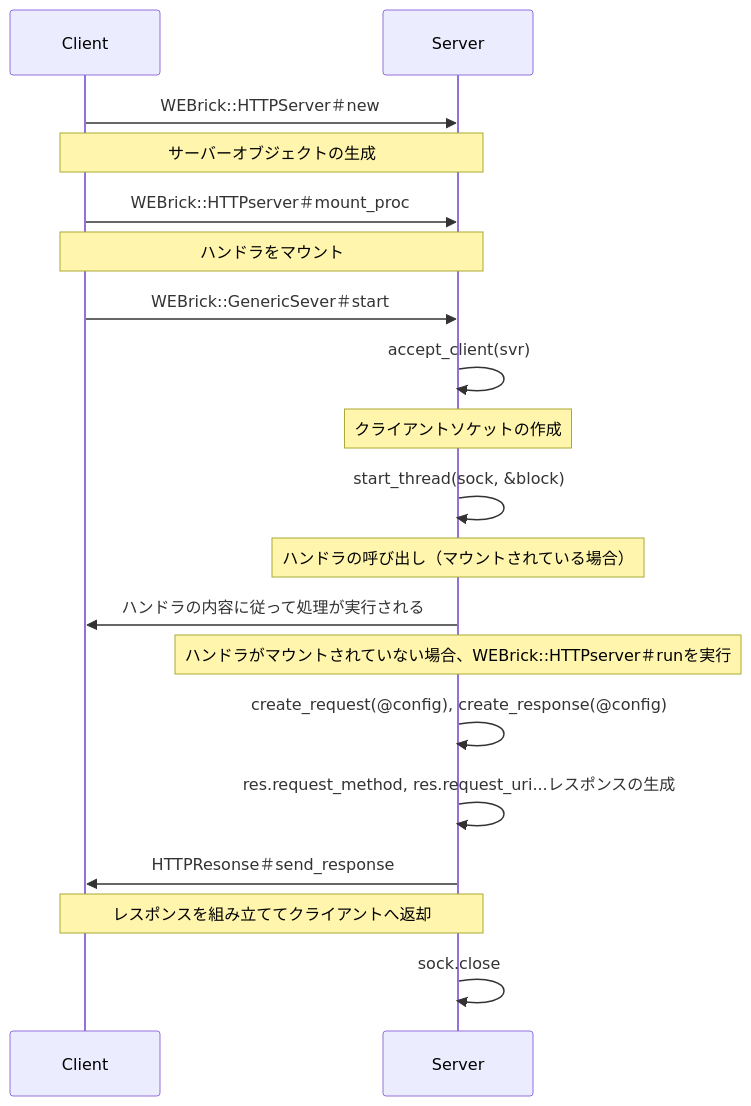
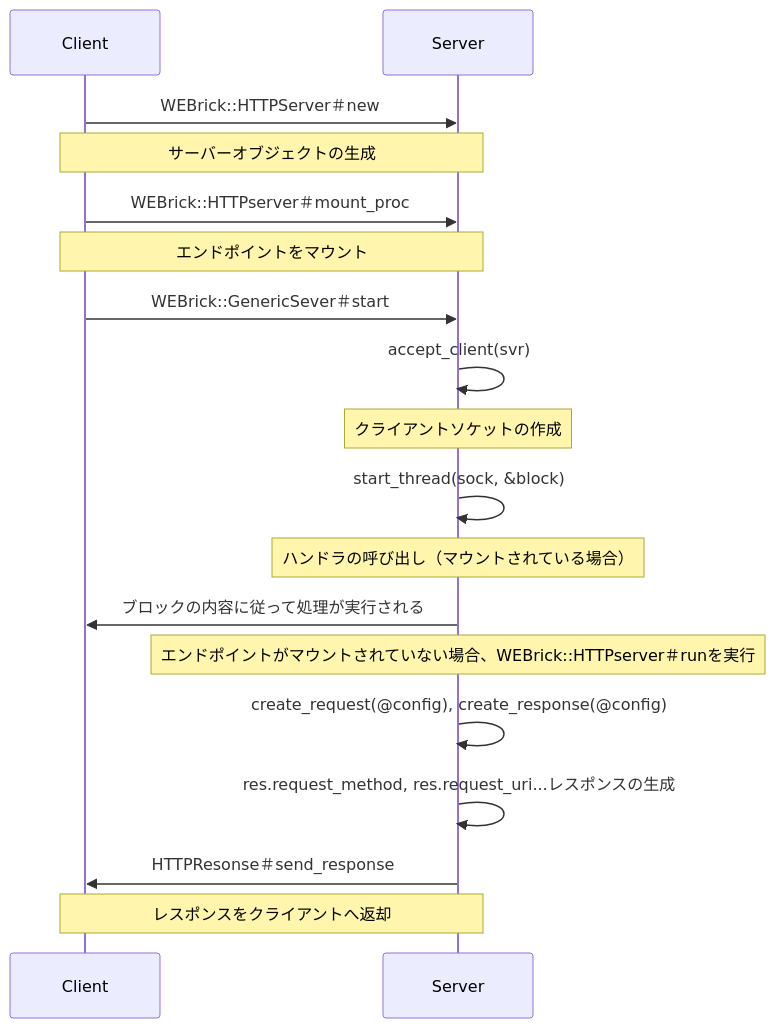
Before and after one commit to maimux2x/my-training-web-app: the diagram in work/phase-2/README.md, drawn with Mermaid. The commit also changed other lines of this file and 3 other files, not shown here.

````diff
--- a/work/phase-2/README.md
+++ b/work/phase-2/README.md
@@ -32,19 +58,18 @@
 ```mermaid
 sequenceDiagram
     Client->>Server: WEBrick::HTTPServer＃new
     Note over Client,Server:サーバーオブジェクトの生成
     Client->>Server: WEBrick::HTTPserver＃mount_proc
-    Note over Client, Server: ハンドラをマウント
+    Note over Client, Server: エンドポイントをマウント
     Client->>Server: WEBrick::GenericSever＃start
     Server->>Server: accept_client(svr)
     Note over Server:クライアントソケットの作成
     Server->>Server: start_thread(sock, &block)
     Note over Server: ハンドラの呼び出し（マウントされている場合）
-    Server->>Client: ハンドラの内容に従って処理が実行される
-    Note over Server: ハンドラがマウントされていない場合、WEBrick::HTTPserver＃runを実行
+    Server->>Client: ブロックの内容に従って処理が実行される
+    Note over Server: エンドポイントがマウントされていない場合、WEBrick::HTTPserver＃runを実行
     Server->>Server: create_request(@config), create_response(@config)
     Server->>Server: res.request_method, res.request_uri...レスポンスの生成
     Server->>Client: HTTPResonse＃send_response
-    Note over Server, Client: レスポンスを組み立ててクライアントへ返却
-    Server->>Server: sock.close
+    Note over Server, Client: レスポンスをクライアントへ返却
 ```
````
